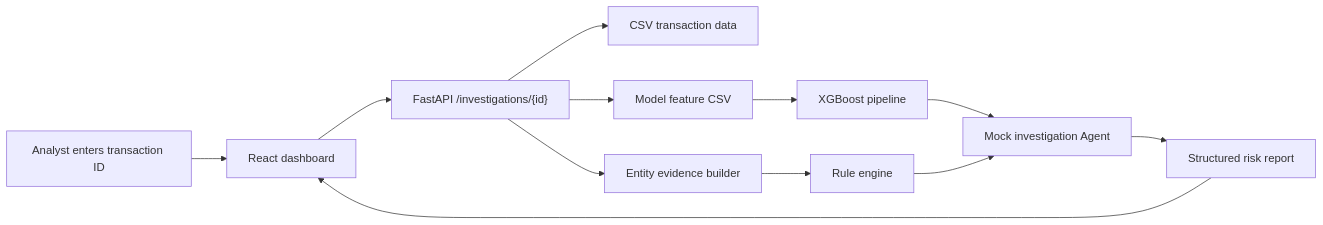
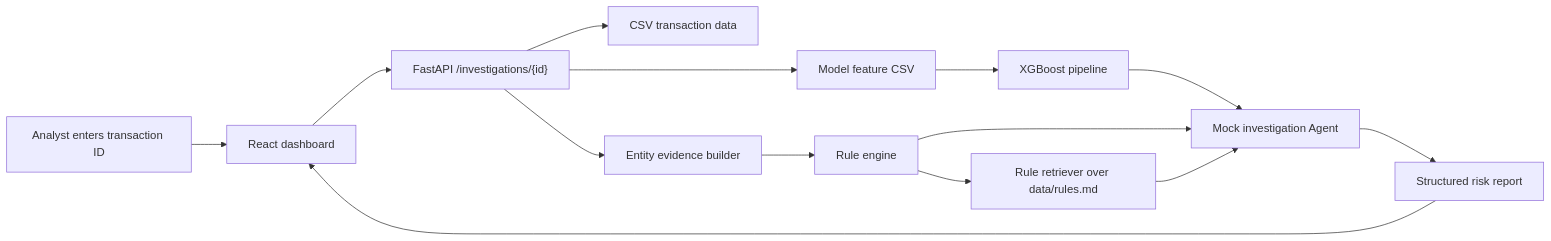
The diagram in docs/architecture.md (W3d6657W3d/fraudguard-agent), drawn with Mermaid before and after one commit. The commit also changed other lines of this file and 9 other files, not shown here.

Commit message:
Add local rule retrieval for investigation context

````diff
--- a/docs/architecture.md
+++ b/docs/architecture.md
@@ -14,14 +15,16 @@
 ```mermaid
 flowchart LR
     A["Analyst enters transaction ID"] --> B["React dashboard"]
     B --> C["FastAPI /investigations/{id}"]
     C --> D["CSV transaction data"]
     C --> E["Model feature CSV"]
     E --> F["XGBoost pipeline"]
     C --> G["Entity evidence builder"]
     G --> H["Rule engine"]
-    F --> I["Mock investigation Agent"]
-    H --> I
-    I --> J["Structured risk report"]
-    J --> B
+    H --> I["Rule retriever over data/rules.md"]
+    F --> J["Mock investigation Agent"]
+    H --> J
+    I --> J
+    J --> K["Structured risk report"]
+    K --> B
 ```
````
